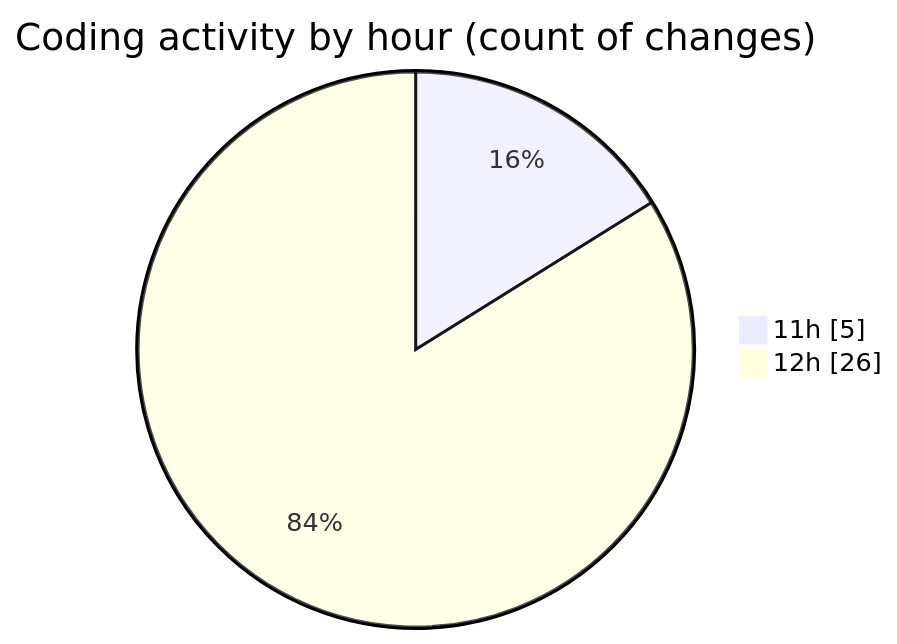
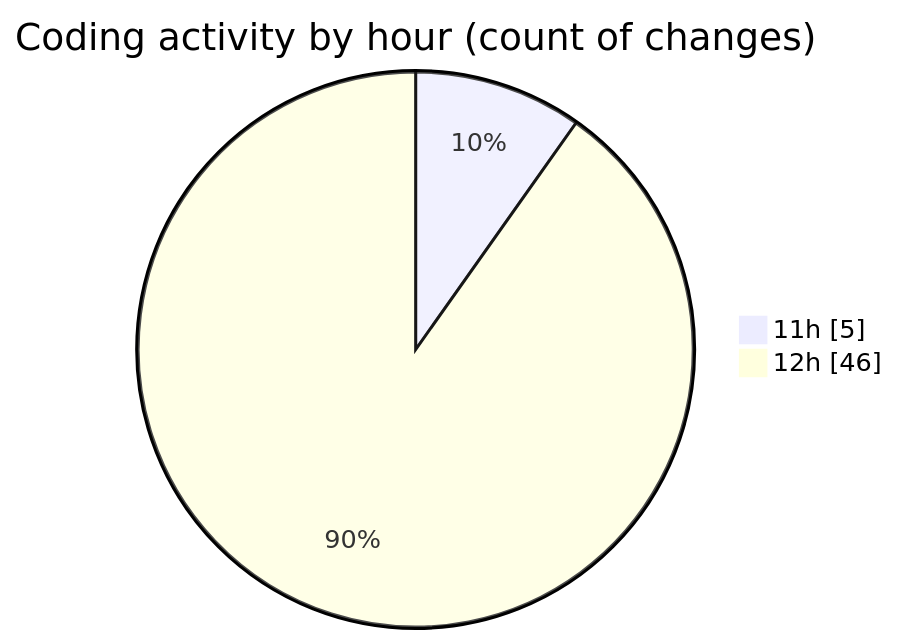
The second of 2 diagrams in 2025-12-31/nxtqube_webapp/README.md (nxtqubesakshisongat/code-tracking), drawn with Mermaid before and after one commit. The commit also changed other lines of this file and 1 other file, not shown here.

````diff
--- a/2025-12-31/nxtqube_webapp/README.md
+++ b/2025-12-31/nxtqube_webapp/README.md
@@ -36,6 +40,6 @@
 ```mermaid
 pie showData
 title Coding activity by hour (count of changes)
 "11h" : 5
-"12h" : 26
+"12h" : 46
 ```
````
